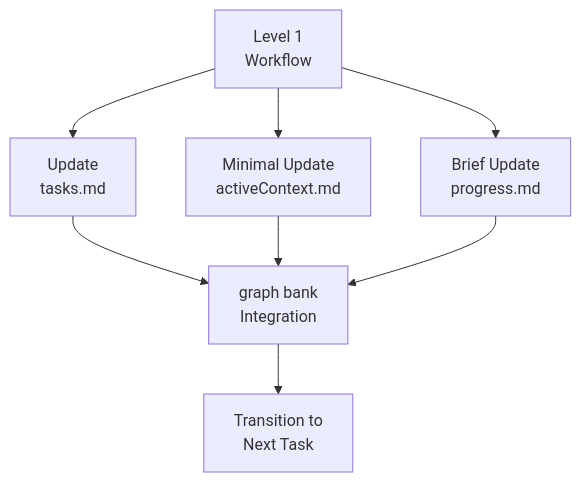
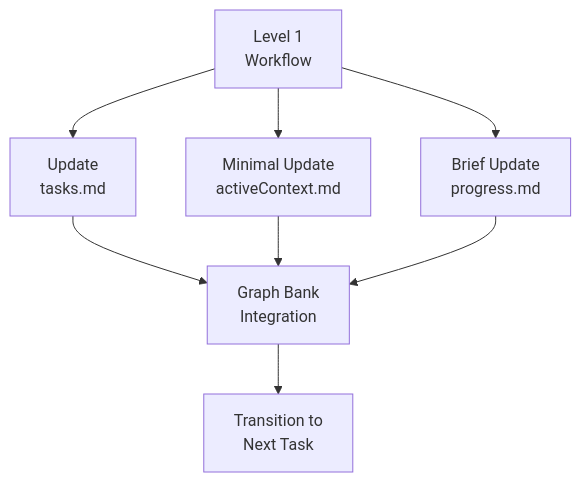
The fifth of 5 diagrams in .cursor/rules/isolation_rules/Level1/workflow-level1.mdc (7Spade/cursor-memory-bank), drawn with Mermaid before and after one commit. The commit also changed other lines of this file and 37 other files, not shown here.

Commit message:
refactor: Standardize terminology from "Memory Bank" to "Graph Bank" across all files, ensuring consistency in documentation and improving clarity in the system's architecture and processes

````diff
--- a/.cursor/rules/isolation_rules/Level1/workflow-level1.mdc
+++ b/.cursor/rules/isolation_rules/Level1/workflow-level1.mdc
@@ -170,9 +170,9 @@
 ```mermaid
 graph TD
     Workflow["Level 1<br>Workflow"] --> TM["Update<br>tasks.md"]
     Workflow --> AC["Minimal Update<br>activeContext.md"]
     Workflow --> PM["Brief Update<br>progress.md"]
     
-    TM & AC & PM --> MB["graph bank<br>Integration"]
+    TM & AC & PM --> MB["Graph Bank<br>Integration"]
     MB --> NextTask["Transition to<br>Next Task"]
 ```
````
